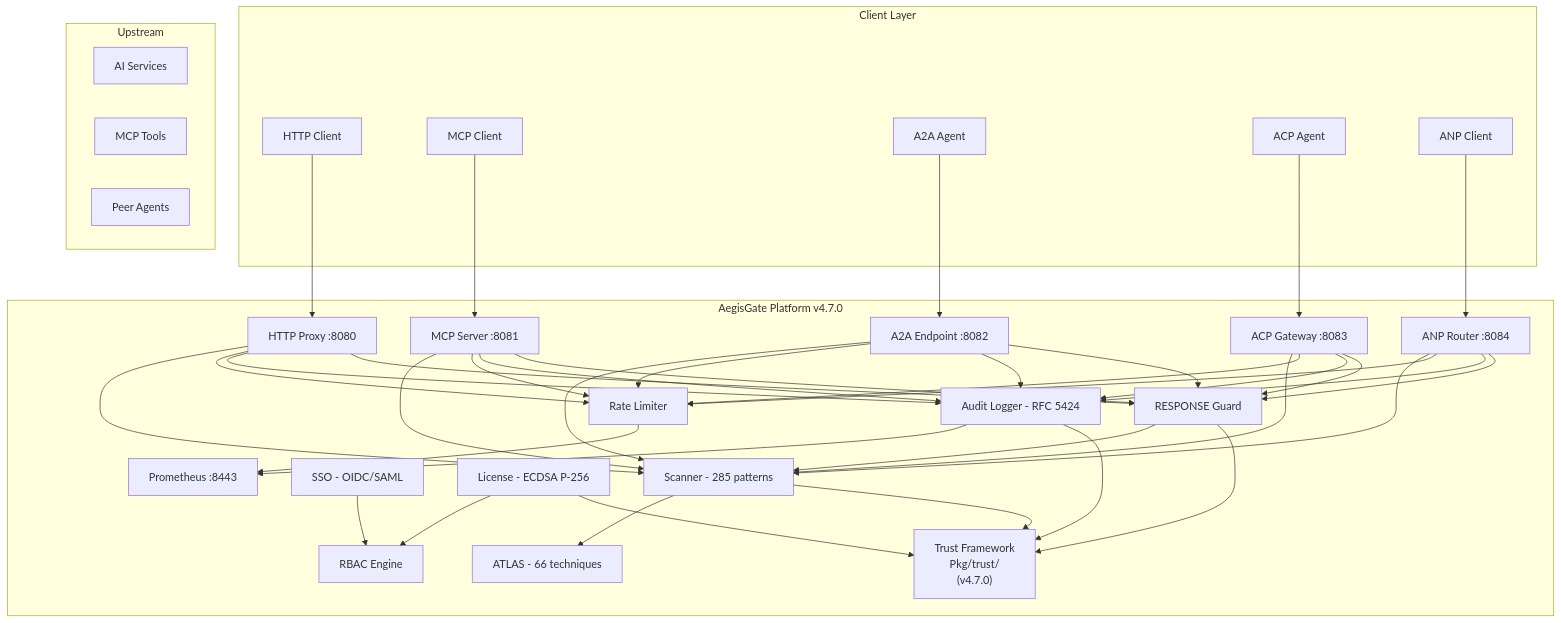
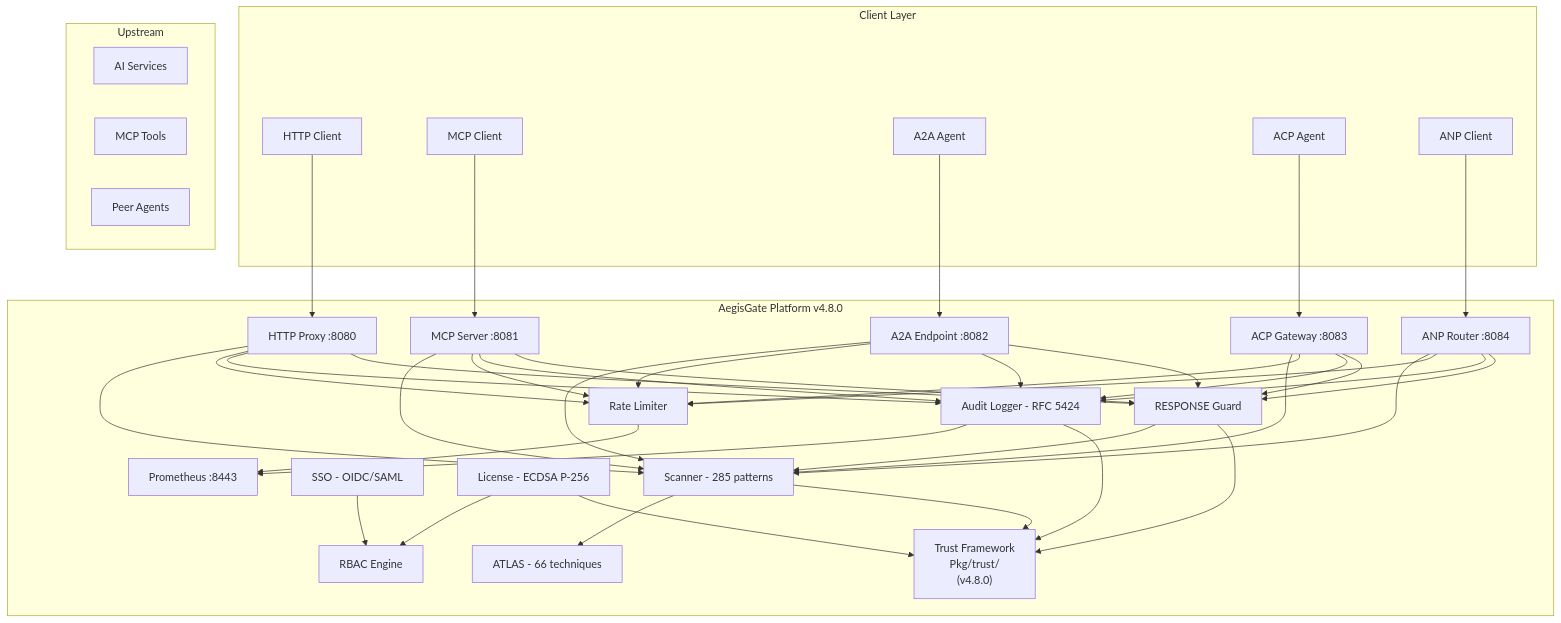
One commit to aegisgatesecurity/aegisgate-site changed the diagram in content/tech.md. Above: the diagram before and after it, drawn with Mermaid. The commit also changed other lines of this file and 47 other files, not shown here.

```diff
--- a/content/tech.md
+++ b/content/tech.md
@@ -12,61 +12,61 @@
 {{< mermaid >}}
 flowchart TB
     subgraph Client["Client Layer"]
         A["HTTP Client"]
         B["MCP Client"]
         C["A2A Agent"]
         D["ACP Agent"]
         E["ANP Client"]
     end
 
-    subgraph AegisGate["AegisGate Platform v4.7.0"]
+    subgraph AegisGate["AegisGate Platform v4.8.0"]
         G["HTTP Proxy :8080"]
         H["MCP Server :8081"]
         I["A2A Endpoint :8082"]
         J["ACP Gateway :8083"]
         K["ANP Router :8084"]
         L["RESPONSE Guard"]
-        TR["Trust Framework\nPkg/trust/\n(v4.7.0)"]
+        TR["Trust Framework\nPkg/trust/\n(v4.8.0)"]
 
         M["Scanner - 285 patterns"]
         N["ATLAS - 66 techniques"]
         O["Rate Limiter"]
         P["Audit Logger - RFC 5424"]
 
         Q["SSO - OIDC/SAML"]
         R["RBAC Engine"]
         S["License - ECDSA P-256"]
 
         T["Prometheus :8443"]
     end
 
     subgraph Upstream["Upstream"]
         U["AI Services"]
         V["MCP Tools"]
         W["Peer Agents"]
     end
 
     A --> G
     B --> H
     C --> I
     D --> J
     E --> K
 
     G --> M & O & P & L
     H --> M & O & P & L
     I --> M & O & P & L
     J --> M & O & P & L
     K --> M & O & P & L
 
     M --> N
     L --> M
     O --> T
     P --> T
     Q --> R
     S --> R
 
     M --> TR
     L --> TR
     P --> TR
     S --> TR
 {{< /mermaid >}}
```
